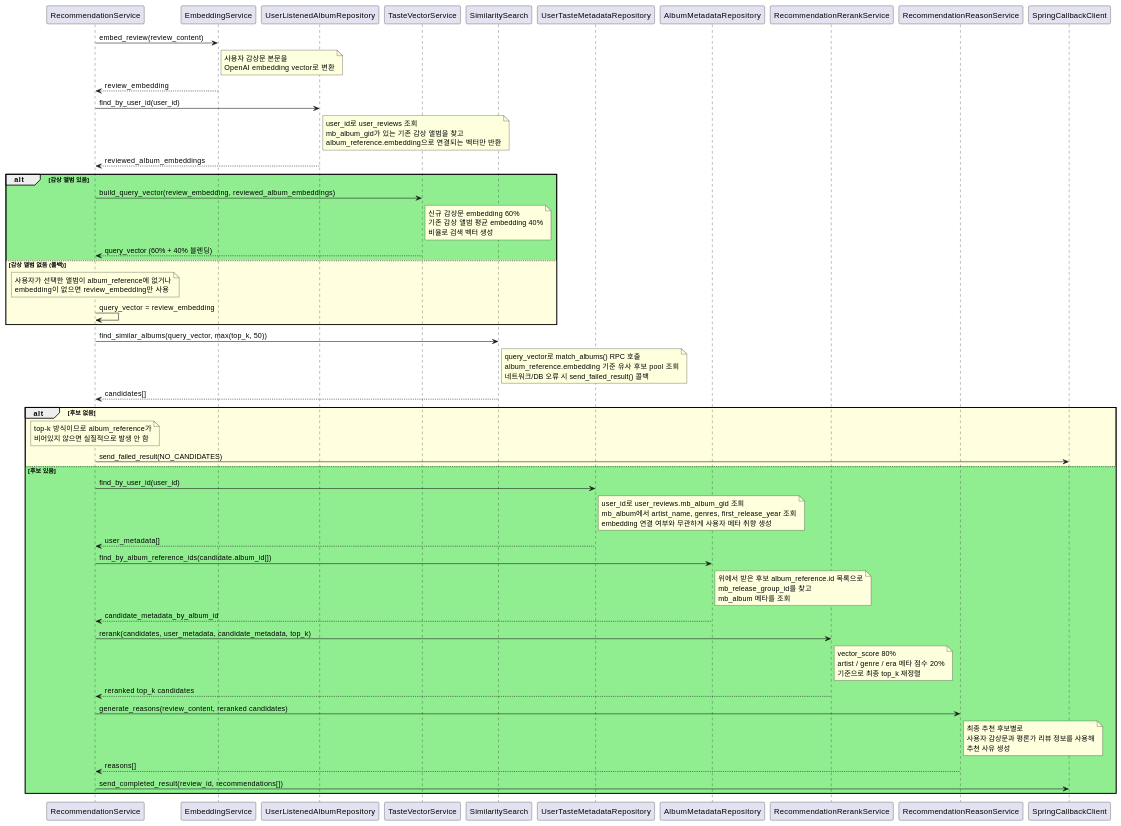
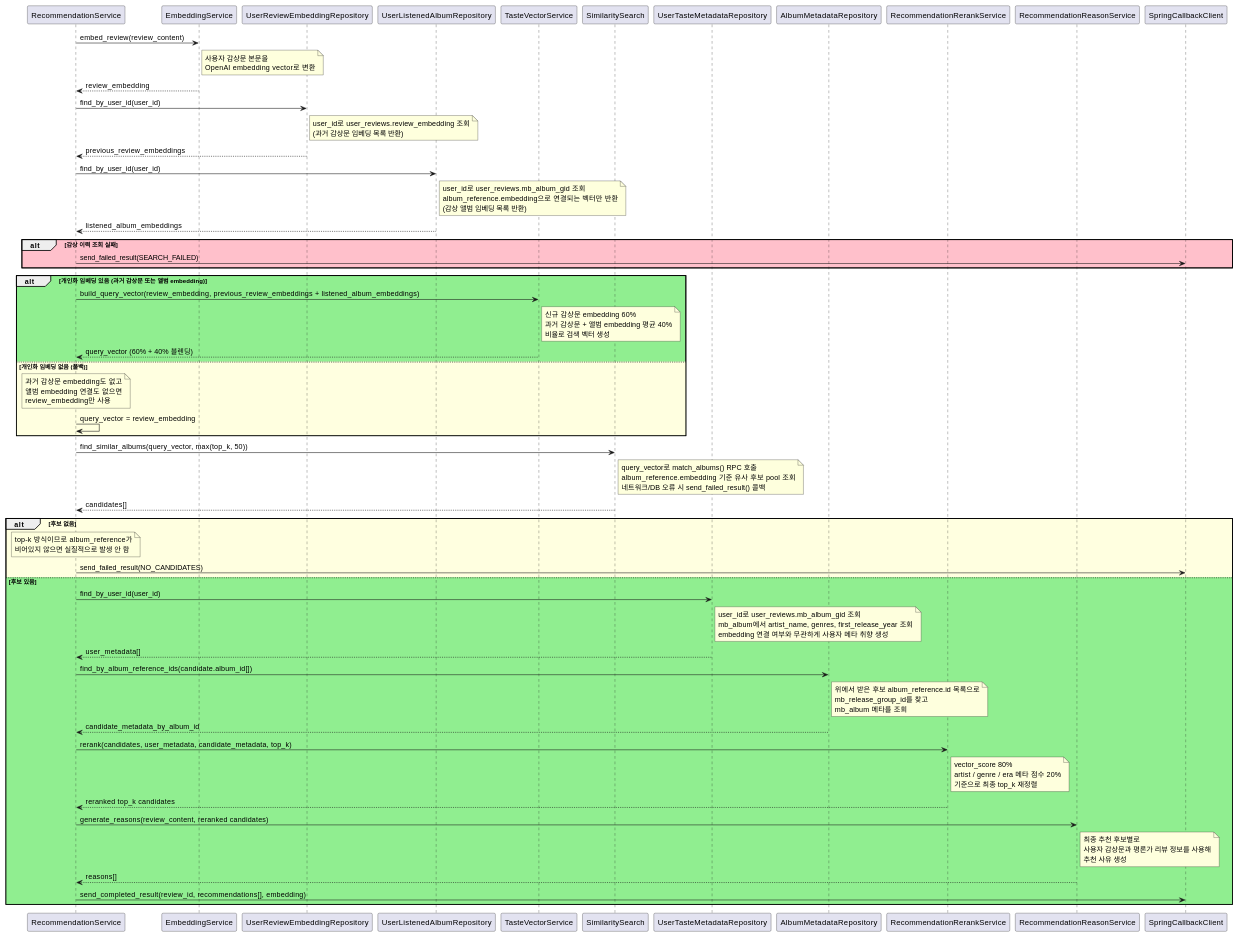
The diagram in docs/backendPython/flows/02-recommend.md (heeyoungha/jazzmateShop), drawn with PlantUML before and after one commit. The commit also changed other lines of this file and 12 other files, not shown here.

Commit message:
docs: 아키텍처, API > 컴포넌트다이어그램, 스웨거로 교체

````diff
--- a/docs/backendPython/flows/02-recommend.md
+++ b/docs/backendPython/flows/02-recommend.md
@@ -41,6 +42,7 @@
 @startuml
 participant "RecommendationService" as RS
 participant "EmbeddingService" as ES
+participant "UserReviewEmbeddingRepository" as URER
 participant "UserListenedAlbumRepository" as RAR
 participant "TasteVectorService" as TV
 participant "SimilaritySearch" as AER
@@ -57,26 +59,38 @@
 end note
 ES --> RS : review_embedding
 
+RS -> URER : find_by_user_id(user_id)
+note right of URER
+  user_id로 user_reviews.review_embedding 조회
+  (과거 감상문 임베딩 목록 반환)
+end note
+URER --> RS : previous_review_embeddings
+
 RS -> RAR : find_by_user_id(user_id)
 note right of RAR
-  user_id로 user_reviews 조회
-  mb_album_gid가 있는 기존 감상 앨범을 찾고
+  user_id로 user_reviews.mb_album_gid 조회
   album_reference.embedding으로 연결되는 벡터만 반환
+  (감상 앨범 임베딩 목록 반환)
 end note
-RAR --> RS : reviewed_album_embeddings
+RAR --> RS : listened_album_embeddings
 
-alt #LightGreen 감상 앨범 있음
-  RS -> TV : build_query_vector(review_embedding, reviewed_album_embeddings)
+alt #Pink 감상 이력 조회 실패
+  RS -> CC : send_failed_result(SEARCH_FAILED)
+end
+
+alt #LightGreen 개인화 임베딩 있음 (과거 감상문 또는 앨범 embedding)
+  RS -> TV : build_query_vector(review_embedding, previous_review_embeddings + listened_album_embeddings)
   note right of TV
     신규 감상문 embedding 60%
-    기존 감상 앨범 평균 embedding 40%
+    과거 감상문 + 앨범 embedding 평균 40%
     비율로 검색 벡터 생성
   end note
   TV --> RS : query_vector (60% + 40% 블렌딩)
-else #LightYellow 감상 앨범 없음 (폴백)
+else #LightYellow 개인화 임베딩 없음 (폴백)
   note over RS
-    사용자가 선택한 앨범이 album_reference에 없거나
-    embedding이 없으면 review_embedding만 사용
+    과거 감상문 embedding도 없고
+    앨범 embedding 연결도 없으면
+    review_embedding만 사용
   end note
   RS -> RS : query_vector = review_embedding
 end
@@ -121,7 +135,7 @@
     추천 사유 생성
   end note
   RRS --> RS : reasons[]
-  RS -> CC : send_completed_result(review_id, recommendations[])
+  RS -> CC : send_completed_result(review_id, recommendations[], embedding)
 end
 @enduml
 ```
````
